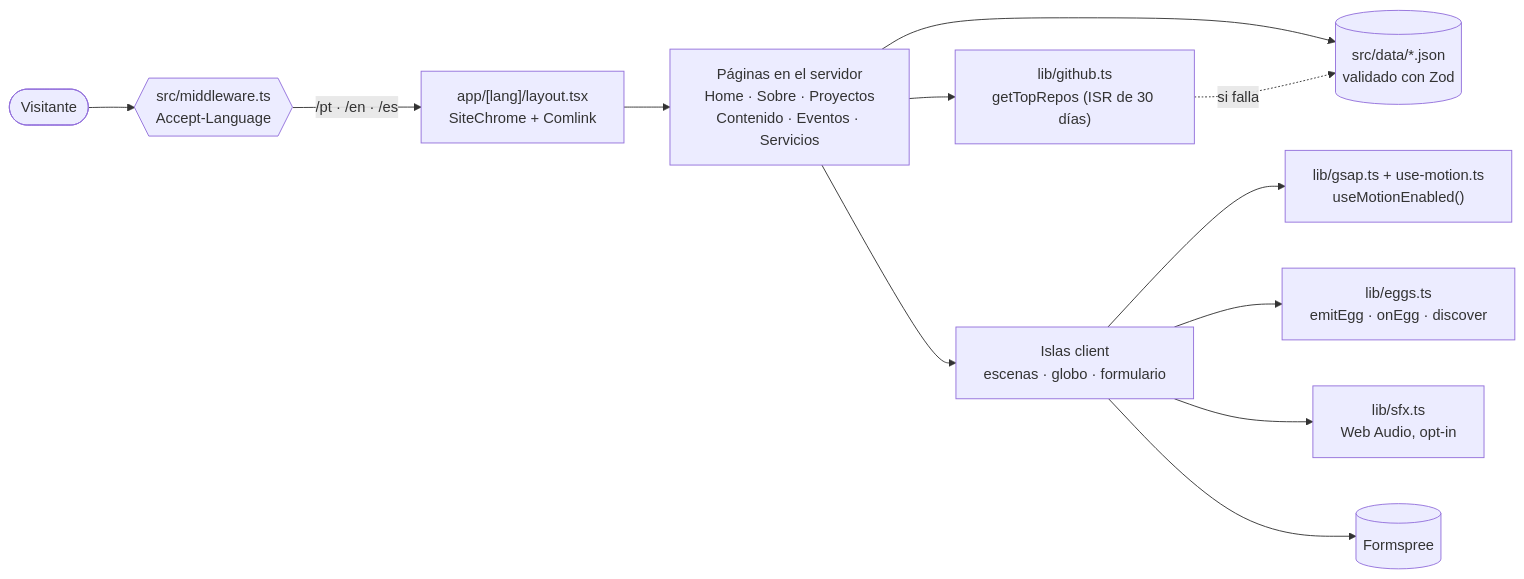
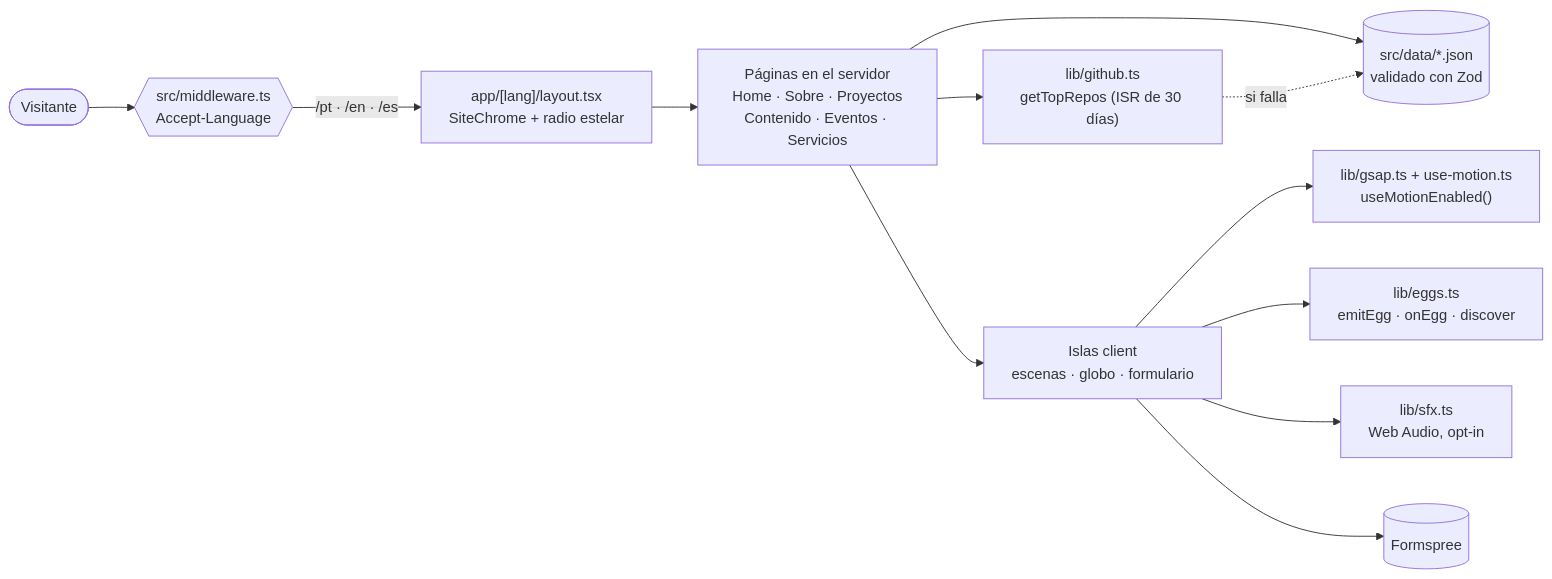
The diagram in README.es.md (glaucia86/glaucialemos.dev), drawn with Mermaid before and after one commit. The commit also changed other lines of this file and 2 other files, not shown here.

````diff
--- a/README.es.md
+++ b/README.es.md
@@ -158,14 +164,14 @@
 ```mermaid
 flowchart LR
     V([Visitante]) --> M{{src/middleware.ts<br/>Accept-Language}}
-    M -->|/pt · /en · /es| L["app/[lang]/layout.tsx<br/>SiteChrome + Comlink"]
+    M -->|/pt · /en · /es| L["app/[lang]/layout.tsx<br/>SiteChrome + radio estelar"]
     L --> P["Páginas en el servidor<br/>Home · Sobre · Proyectos<br/>Contenido · Eventos · Servicios"]
     P --> D[("src/data/*.json<br/>validado con Zod")]
     P --> G["lib/github.ts<br/>getTopRepos (ISR de 30 días)"]
     G -.si falla.-> D
     P --> C["Islas client<br/>escenas · globo · formulario"]
     C --> MO["lib/gsap.ts + use-motion.ts<br/>useMotionEnabled()"]
     C --> E["lib/eggs.ts<br/>emitEgg · onEgg · discover"]
     C --> S["lib/sfx.ts<br/>Web Audio, opt-in"]
     C --> F[(Formspree)]
 ```
````
